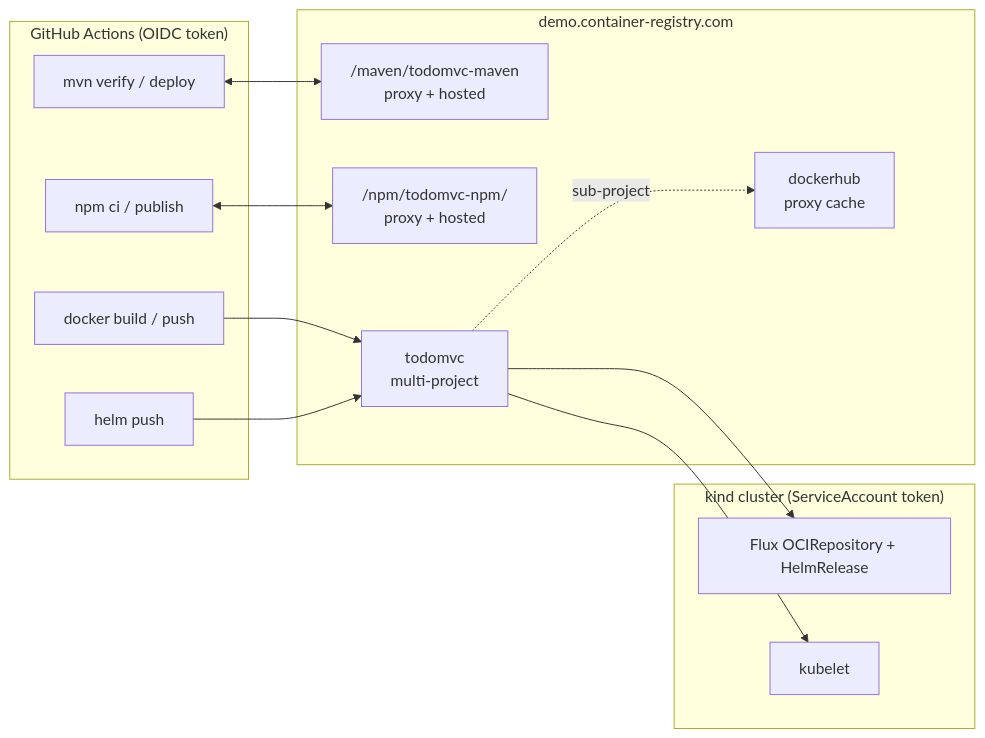
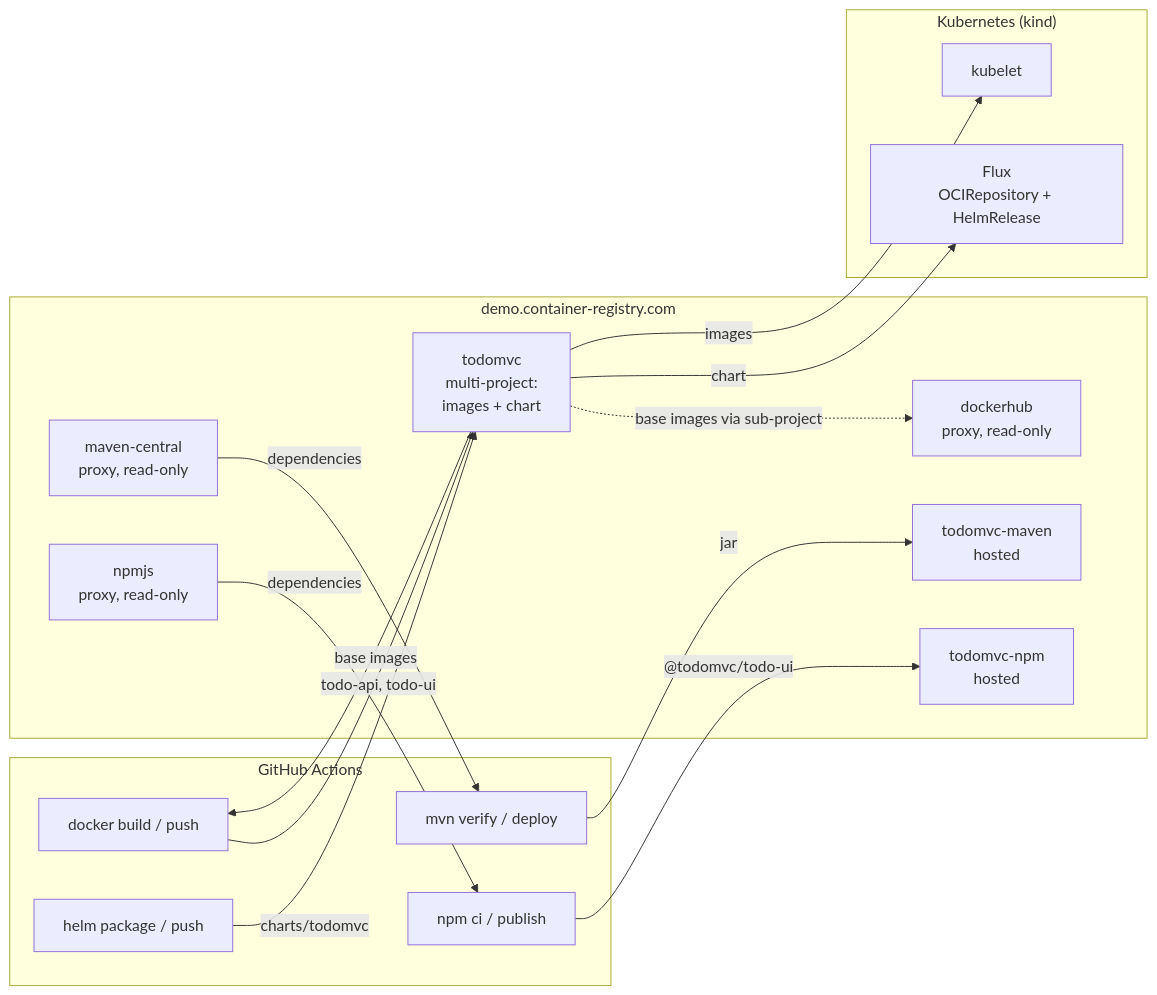
One commit to container-registry/harbor-multi-artifact-support-examples changed the first of 2 diagrams in README.md. Above: the diagram before and after it, drawn with Mermaid. The commit also changed other lines of this file and 13 other files, not shown here.

First line of the commit message:
docs: README opens with flow, layout and trust chain; one page per step

````diff
--- a/README.md
+++ b/README.md
@@ -20,26 +15,31 @@
 ```mermaid
 flowchart LR
-    subgraph GH["GitHub Actions (OIDC token)"]
-      MVN[mvn verify / deploy]
-      NPM[npm ci / publish]
-      IMG[docker build / push]
-      CH[helm push]
+    subgraph GH["GitHub Actions"]
+      MVN["mvn verify / deploy"]
+      NPM["npm ci / publish"]
+      IMG["docker build / push"]
+      CH["helm package / push"]
     end
     subgraph H["demo.container-registry.com"]
-      M["/maven/todomvc-maven<br/>proxy + hosted"]
-      N["/npm/todomvc-npm/<br/>proxy + hosted"]
-      T["todomvc<br/>multi-project"]
-      D["dockerhub<br/>proxy cache"]
+      MP["maven-central<br/>proxy, read-only"]
+      MH["todomvc-maven<br/>hosted"]
+      NP["npmjs<br/>proxy, read-only"]
+      NH["todomvc-npm<br/>hosted"]
+      T["todomvc<br/>multi-project:<br/>images + chart"]
+      D["dockerhub<br/>proxy, read-only"]
     end
-    subgraph K["kind cluster (ServiceAccount token)"]
-      F[Flux OCIRepository + HelmRelease]
-      KL[kubelet]
+    subgraph K["Kubernetes (kind)"]
+      F["Flux<br/>OCIRepository + HelmRelease"]
+      KL["kubelet"]
     end
-    MVN <--> M
-    NPM <--> N
-    IMG --> T
-    CH --> T
-    T -. sub-project .-> D
-    T --> F
-    T --> KL
+    MP -- dependencies --> MVN
+    MVN -- jar --> MH
+    NP -- dependencies --> NPM
+    NPM -- "@todomvc/todo-ui" --> NH
+    T -. "base images via sub-project" .-> D
+    T -- base images --> IMG
+    IMG -- todo-api, todo-ui --> T
+    CH -- charts/todomvc --> T
+    T -- chart --> F
+    T -- images --> KL
 ```
````
